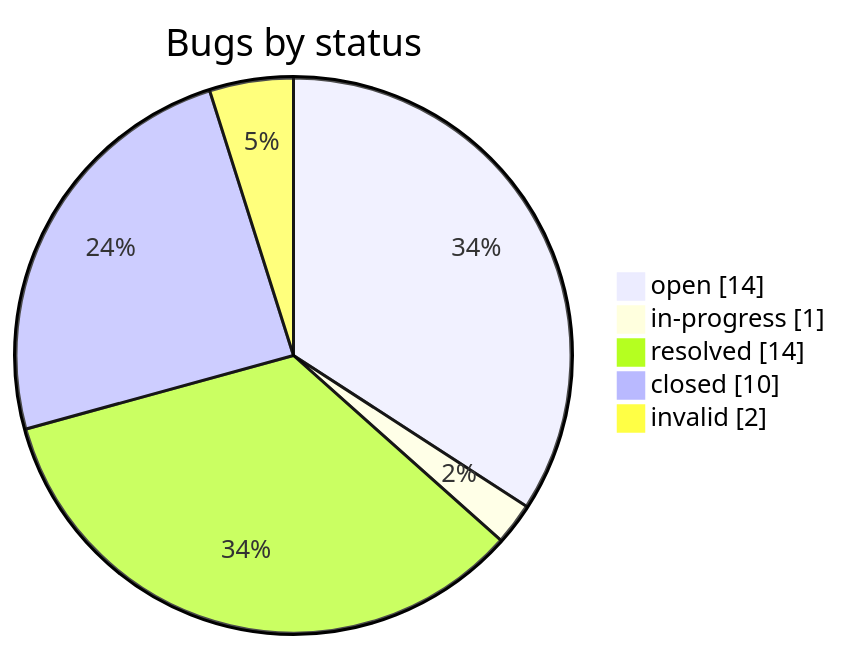
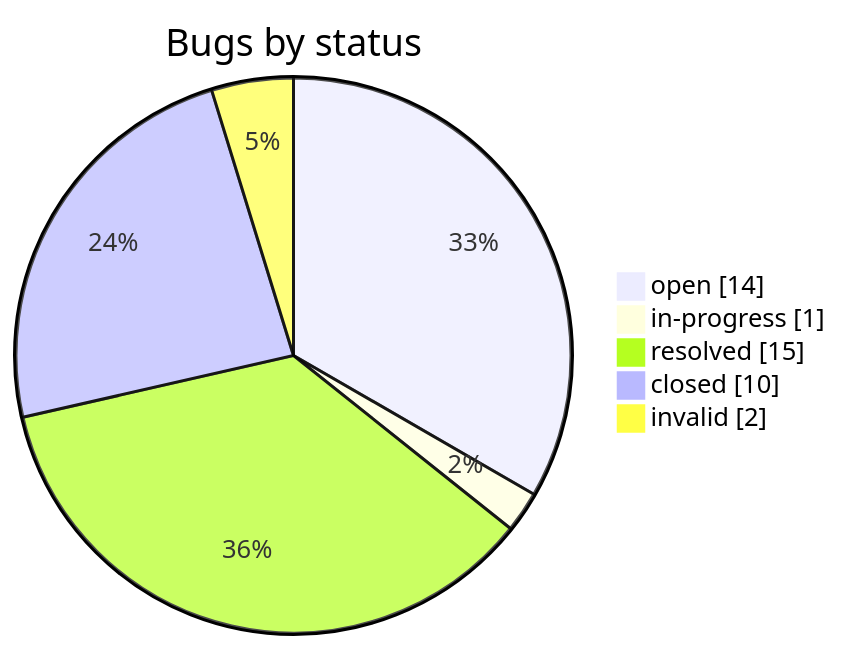
Before and after one commit to iammaxsu/automatic-testing-architecture: the second of 2 diagrams in STATUS.md, drawn with Mermaid. The commit also changed other lines of this file and 7 other files, not shown here.

````diff
--- a/STATUS.md
+++ b/STATUS.md
@@ -166,8 +165,8 @@
 ```mermaid
 pie showData title Bugs by status
     "open" : 14
     "in-progress" : 1
-    "resolved" : 14
+    "resolved" : 15
     "closed" : 10
     "invalid" : 2
 ```
````
